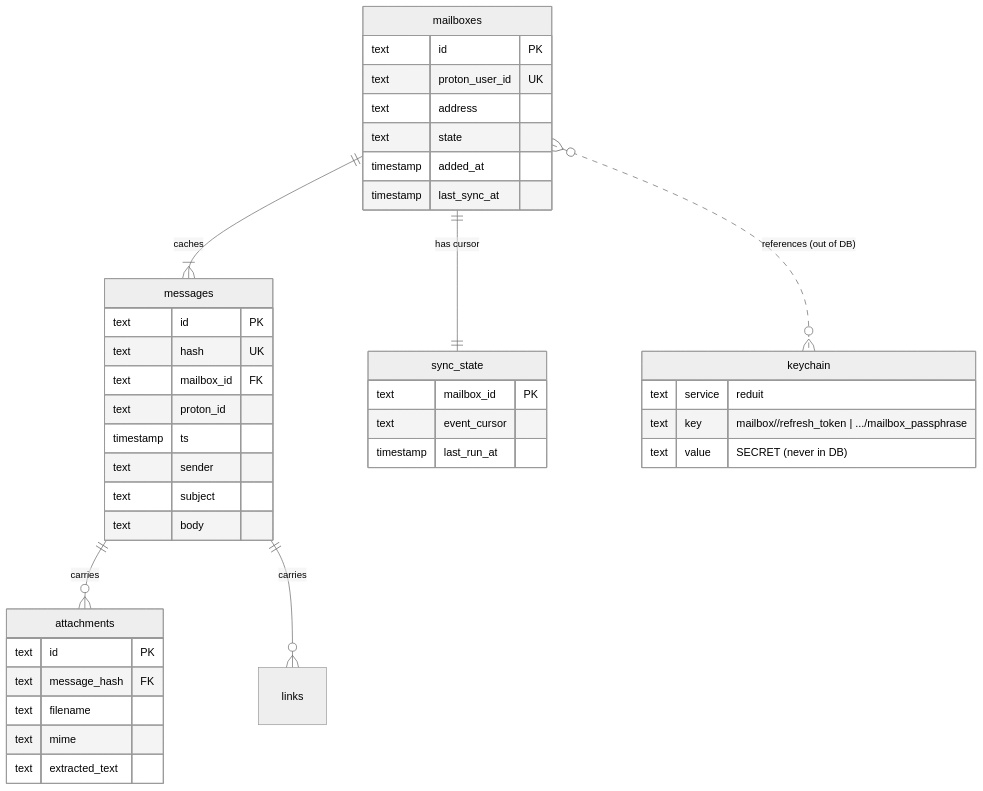
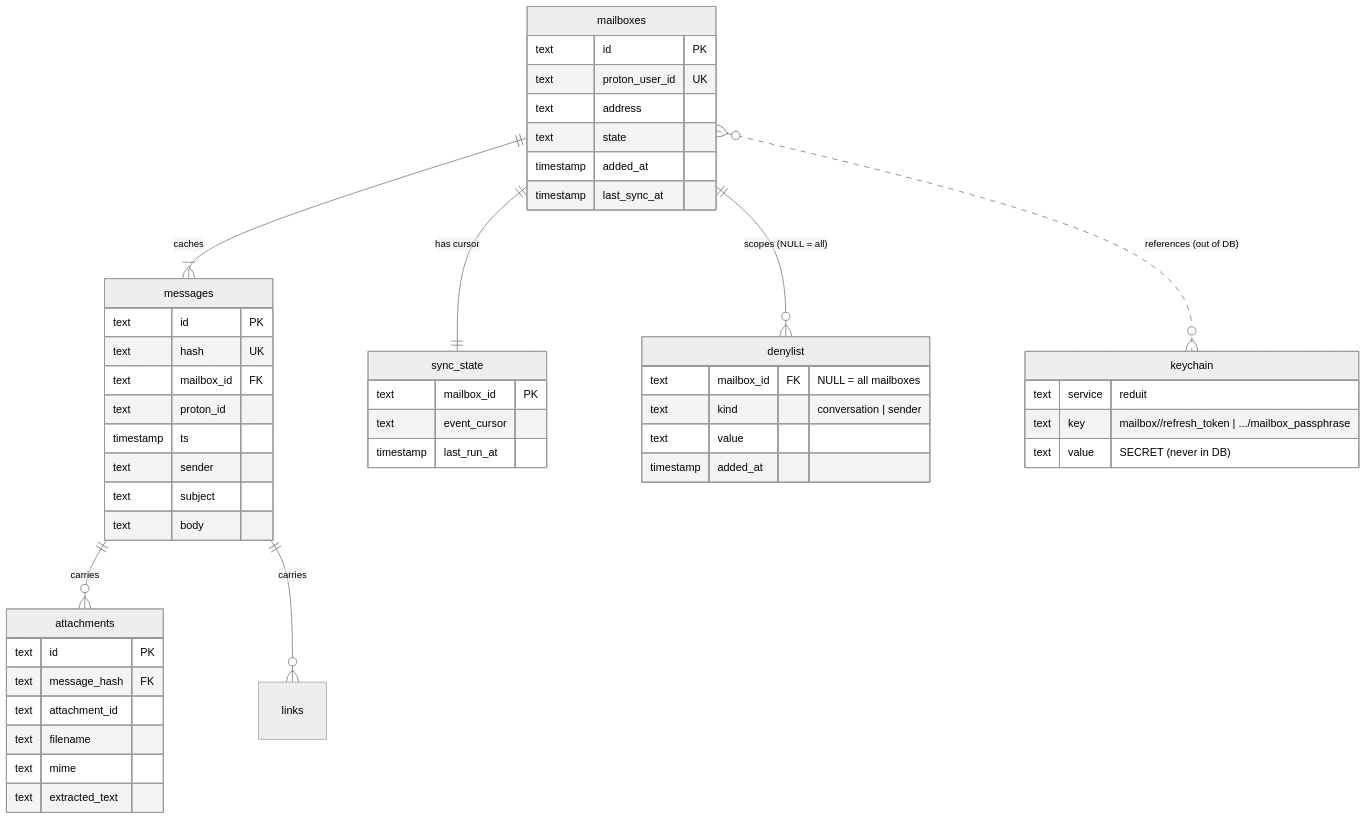
Before and after one commit to joestump/reduit: the diagram in docs/openspec/specs/mailbox-model/design.md, drawn with Mermaid (neutral theme). The commit also changed other lines of this file and 24 other files, not shown here.

````diff
--- a/docs/openspec/specs/mailbox-model/design.md
+++ b/docs/openspec/specs/mailbox-model/design.md
@@ -24,44 +24,52 @@
 ```mermaid
 erDiagram
     mailboxes ||--|{ messages : "caches"
     mailboxes ||--|| sync_state : "has cursor"
     messages ||--o{ attachments : "carries"
     messages ||--o{ links : "carries"
+    mailboxes ||--o{ denylist : "scopes (NULL = all)"
     mailboxes }o..o{ keychain : "references (out of DB)"
 
     mailboxes {
         text id PK
         text proton_user_id UK
         text address
         text state
         timestamp added_at
         timestamp last_sync_at
     }
     messages {
         text id PK
         text hash UK
         text mailbox_id FK
         text proton_id
         timestamp ts
         text sender
         text subject
         text body
     }
     attachments {
         text id PK
         text message_hash FK
+        text attachment_id
         text filename
         text mime
         text extracted_text
     }
     sync_state {
         text mailbox_id PK
         text event_cursor
         timestamp last_run_at
     }
+    denylist {
+        text mailbox_id FK "NULL = all mailboxes"
+        text kind "conversation | sender"
+        text value
+        timestamp added_at
+    }
     keychain {
         text service "reduit"
         text key "mailbox/<id>/refresh_token | .../mailbox_passphrase"
         text value "SECRET (never in DB)"
     }
 ```
````
